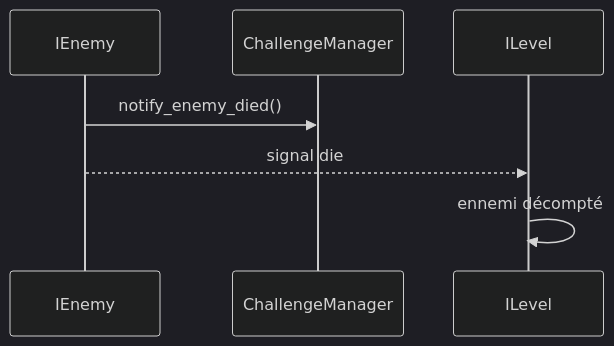
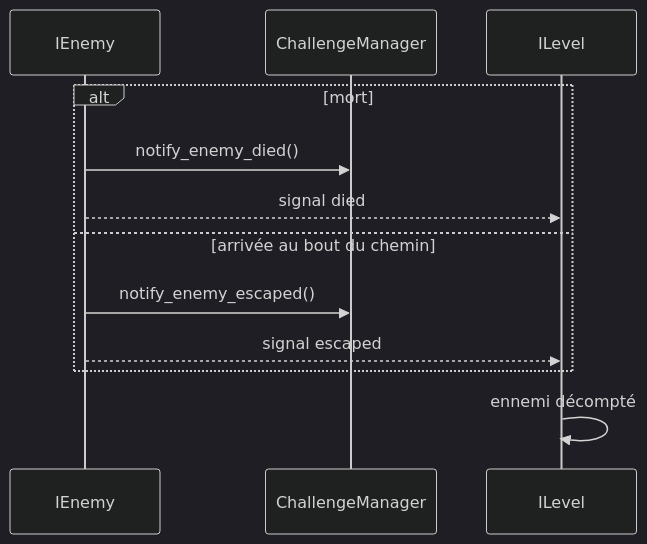
One commit to Cat-aclsym/documentation changed the second of 2 diagrams in src/content/docs/development/models/wave-model.mdx. Above: the diagram before and after it, drawn with Mermaid (dark theme). The commit also changed other lines of this file and 10 other files, not shown here.

````diff
--- a/src/content/docs/development/models/wave-model.mdx
+++ b/src/content/docs/development/models/wave-model.mdx
@@ -35,10 +37,15 @@
 ```mermaid
 sequenceDiagram
 	participant I as IEnemy
 	participant C as ChallengeManager
 	participant L as ILevel
 
-	I->>C: notify_enemy_died()
-	I-->>L: signal die
+	alt mort
+		I->>C: notify_enemy_died()
+		I-->>L: signal died
+	else arrivée au bout du chemin
+		I->>C: notify_enemy_escaped()
+		I-->>L: signal escaped
+	end
 	L->>L: ennemi décompté
 ```
````
